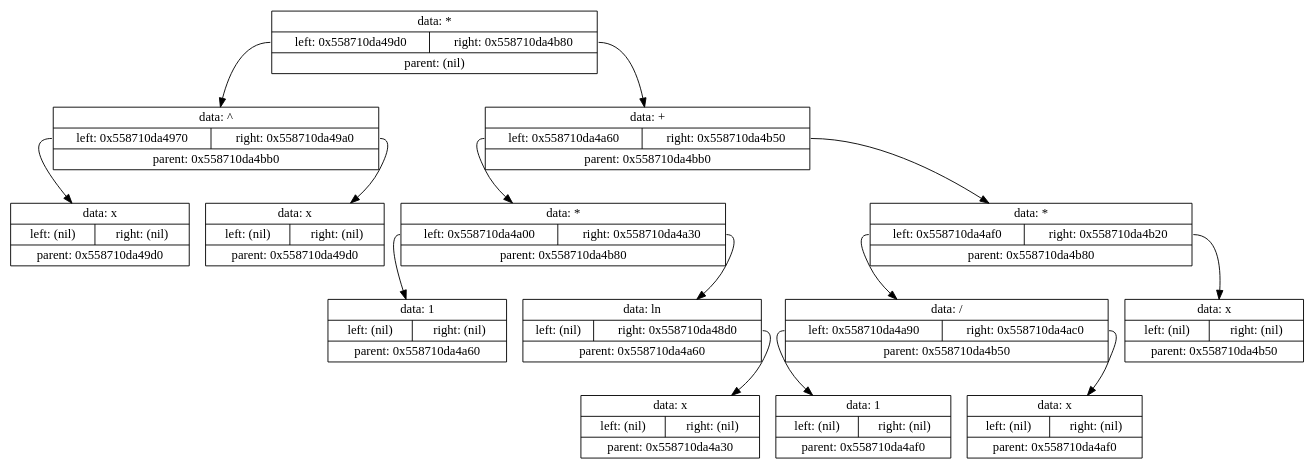
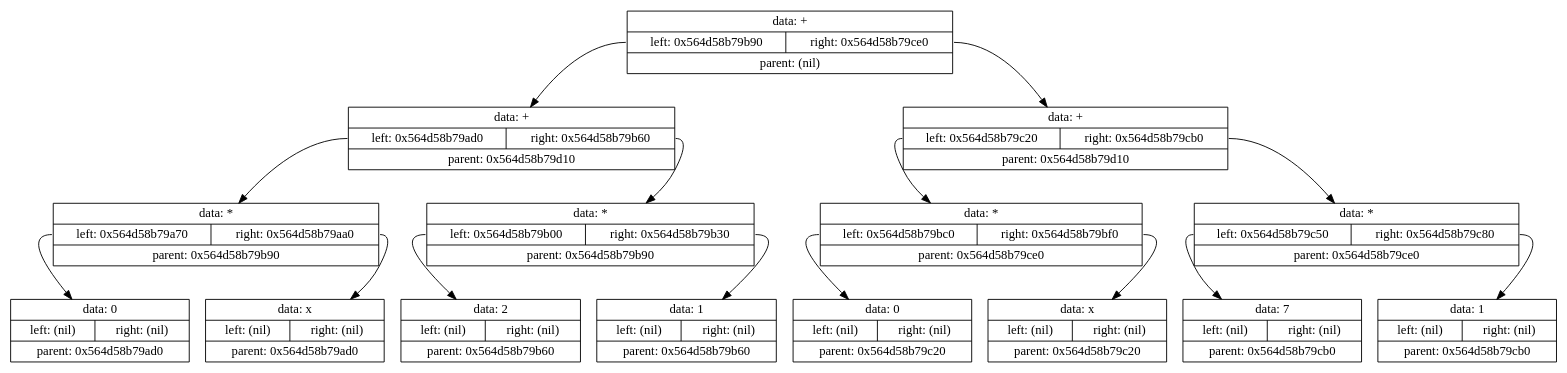
Before and after one commit to Shishqa/MIPT_1sem_C_lang: the diagram in Projects/8.Differenciator/log/tmp/tempautogeneratedlog.gv, drawn with Graphviz. The commit also changed 10 other files, not shown here.

```diff
--- a/Projects/8.Differenciator/log/tmp/tempautogeneratedlog.gv
+++ b/Projects/8.Differenciator/log/tmp/tempautogeneratedlog.gv
@@ -1,31 +1,33 @@
 digraph dump
 {
-	node0x558710da4bb0 [shape = "record", label = "{<f1>data: *|{<f2>left: 0x558710da49d0|<f3>right: 0x558710da4b80}|<f4>parent: (nil)}"];
-	node0x558710da49d0 [shape = "record", label = "{<f1>data: ^|{<f2>left: 0x558710da4970|<f3>right: 0x558710da49a0}|<f4>parent: 0x558710da4bb0}"];
-	node0x558710da4970 [shape = "record", label = "{<f1>data: x|{<f2>left: (nil)|<f3>right: (nil)}|<f4>parent: 0x558710da49d0}"];
-	node0x558710da49d0:f2 -> node0x558710da4970
-	node0x558710da49a0 [shape = "record", label = "{<f1>data: x|{<f2>left: (nil)|<f3>right: (nil)}|<f4>parent: 0x558710da49d0}"];
-	node0x558710da49d0:f3 -> node0x558710da49a0
-	node0x558710da4bb0:f2 -> node0x558710da49d0
-	node0x558710da4b80 [shape = "record", label = "{<f1>data: +|{<f2>left: 0x558710da4a60|<f3>right: 0x558710da4b50}|<f4>parent: 0x558710da4bb0}"];
-	node0x558710da4a60 [shape = "record", label = "{<f1>data: *|{<f2>left: 0x558710da4a00|<f3>right: 0x558710da4a30}|<f4>parent: 0x558710da4b80}"];
-	node0x558710da4a00 [shape = "record", label = "{<f1>data: 1|{<f2>left: (nil)|<f3>right: (nil)}|<f4>parent: 0x558710da4a60}"];
-	node0x558710da4a60:f2 -> node0x558710da4a00
-	node0x558710da4a30 [shape = "record", label = "{<f1>data: ln|{<f2>left: (nil)|<f3>right: 0x558710da48d0}|<f4>parent: 0x558710da4a60}"];
-	node0x558710da48d0 [shape = "record", label = "{<f1>data: x|{<f2>left: (nil)|<f3>right: (nil)}|<f4>parent: 0x558710da4a30}"];
-	node0x558710da4a30:f3 -> node0x558710da48d0
-	node0x558710da4a60:f3 -> node0x558710da4a30
-	node0x558710da4b80:f2 -> node0x558710da4a60
-	node0x558710da4b50 [shape = "record", label = "{<f1>data: *|{<f2>left: 0x558710da4af0|<f3>right: 0x558710da4b20}|<f4>parent: 0x558710da4b80}"];
-	node0x558710da4af0 [shape = "record", label = "{<f1>data: /|{<f2>left: 0x558710da4a90|<f3>right: 0x558710da4ac0}|<f4>parent: 0x558710da4b50}"];
-	node0x558710da4a90 [shape = "record", label = "{<f1>data: 1|{<f2>left: (nil)|<f3>right: (nil)}|<f4>parent: 0x558710da4af0}"];
-	node0x558710da4af0:f2 -> node0x558710da4a90
-	node0x558710da4ac0 [shape = "record", label = "{<f1>data: x|{<f2>left: (nil)|<f3>right: (nil)}|<f4>parent: 0x558710da4af0}"];
-	node0x558710da4af0:f3 -> node0x558710da4ac0
-	node0x558710da4b50:f2 -> node0x558710da4af0
-	node0x558710da4b20 [shape = "record", label = "{<f1>data: x|{<f2>left: (nil)|<f3>right: (nil)}|<f4>parent: 0x558710da4b50}"];
-	node0x558710da4b50:f3 -> node0x558710da4b20
-	node0x558710da4b80:f3 -> node0x558710da4b50
-	node0x558710da4bb0:f3 -> node0x558710da4b80
+	node0x564d58b79d10 [shape = "record", label = "{<f1>data: +|{<f2>left: 0x564d58b79b90|<f3>right: 0x564d58b79ce0}|<f4>parent: (nil)}"];
+	node0x564d58b79b90 [shape = "record", label = "{<f1>data: +|{<f2>left: 0x564d58b79ad0|<f3>right: 0x564d58b79b60}|<f4>parent: 0x564d58b79d10}"];
+	node0x564d58b79ad0 [shape = "record", label = "{<f1>data: *|{<f2>left: 0x564d58b79a70|<f3>right: 0x564d58b79aa0}|<f4>parent: 0x564d58b79b90}"];
+	node0x564d58b79a70 [shape = "record", label = "{<f1>data: 0|{<f2>left: (nil)|<f3>right: (nil)}|<f4>parent: 0x564d58b79ad0}"];
+	node0x564d58b79ad0:f2 -> node0x564d58b79a70
+	node0x564d58b79aa0 [shape = "record", label = "{<f1>data: x|{<f2>left: (nil)|<f3>right: (nil)}|<f4>parent: 0x564d58b79ad0}"];
+	node0x564d58b79ad0:f3 -> node0x564d58b79aa0
+	node0x564d58b79b90:f2 -> node0x564d58b79ad0
+	node0x564d58b79b60 [shape = "record", label = "{<f1>data: *|{<f2>left: 0x564d58b79b00|<f3>right: 0x564d58b79b30}|<f4>parent: 0x564d58b79b90}"];
+	node0x564d58b79b00 [shape = "record", label = "{<f1>data: 2|{<f2>left: (nil)|<f3>right: (nil)}|<f4>parent: 0x564d58b79b60}"];
+	node0x564d58b79b60:f2 -> node0x564d58b79b00
+	node0x564d58b79b30 [shape = "record", label = "{<f1>data: 1|{<f2>left: (nil)|<f3>right: (nil)}|<f4>parent: 0x564d58b79b60}"];
+	node0x564d58b79b60:f3 -> node0x564d58b79b30
+	node0x564d58b79b90:f3 -> node0x564d58b79b60
+	node0x564d58b79d10:f2 -> node0x564d58b79b90
+	node0x564d58b79ce0 [shape = "record", label = "{<f1>data: +|{<f2>left: 0x564d58b79c20|<f3>right: 0x564d58b79cb0}|<f4>parent: 0x564d58b79d10}"];
+	node0x564d58b79c20 [shape = "record", label = "{<f1>data: *|{<f2>left: 0x564d58b79bc0|<f3>right: 0x564d58b79bf0}|<f4>parent: 0x564d58b79ce0}"];
+	node0x564d58b79bc0 [shape = "record", label = "{<f1>data: 0|{<f2>left: (nil)|<f3>right: (nil)}|<f4>parent: 0x564d58b79c20}"];
+	node0x564d58b79c20:f2 -> node0x564d58b79bc0
+	node0x564d58b79bf0 [shape = "record", label = "{<f1>data: x|{<f2>left: (nil)|<f3>right: (nil)}|<f4>parent: 0x564d58b79c20}"];
+	node0x564d58b79c20:f3 -> node0x564d58b79bf0
+	node0x564d58b79ce0:f2 -> node0x564d58b79c20
+	node0x564d58b79cb0 [shape = "record", label = "{<f1>data: *|{<f2>left: 0x564d58b79c50|<f3>right: 0x564d58b79c80}|<f4>parent: 0x564d58b79ce0}"];
+	node0x564d58b79c50 [shape = "record", label = "{<f1>data: 7|{<f2>left: (nil)|<f3>right: (nil)}|<f4>parent: 0x564d58b79cb0}"];
+	node0x564d58b79cb0:f2 -> node0x564d58b79c50
+	node0x564d58b79c80 [shape = "record", label = "{<f1>data: 1|{<f2>left: (nil)|<f3>right: (nil)}|<f4>parent: 0x564d58b79cb0}"];
+	node0x564d58b79cb0:f3 -> node0x564d58b79c80
+	node0x564d58b79ce0:f3 -> node0x564d58b79cb0
+	node0x564d58b79d10:f3 -> node0x564d58b79ce0
 
 }
```
